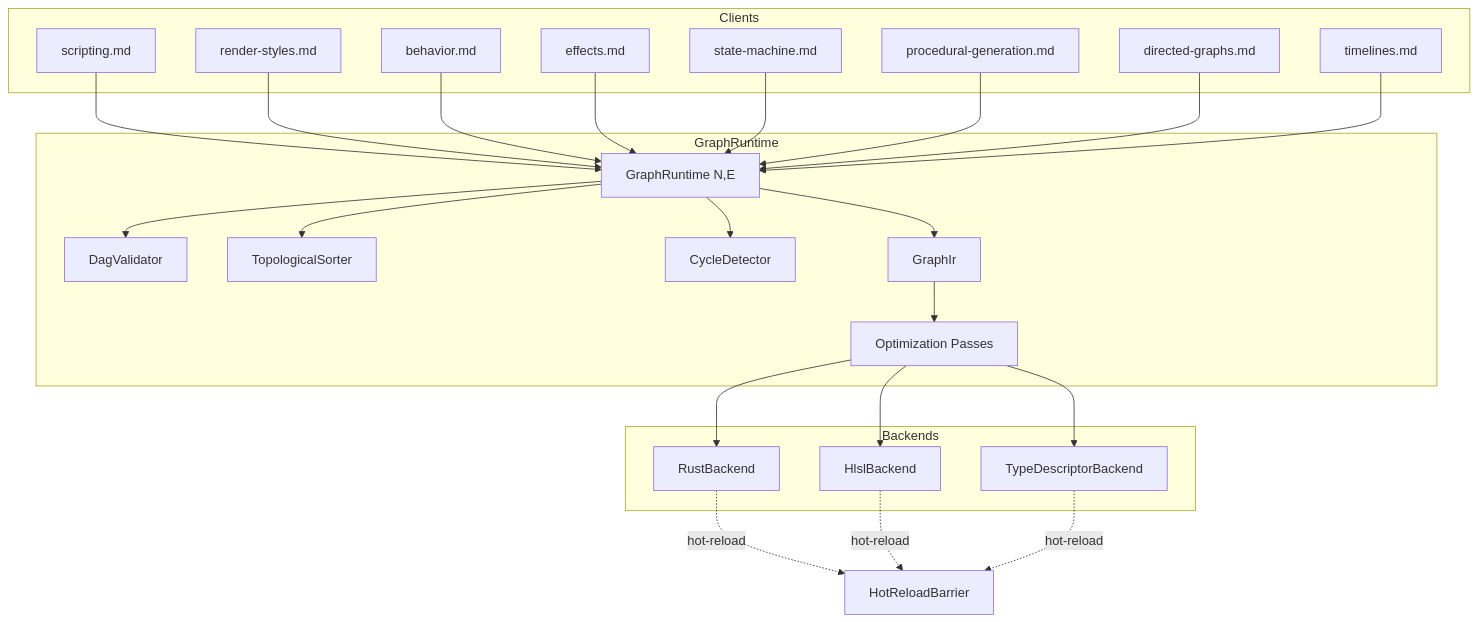
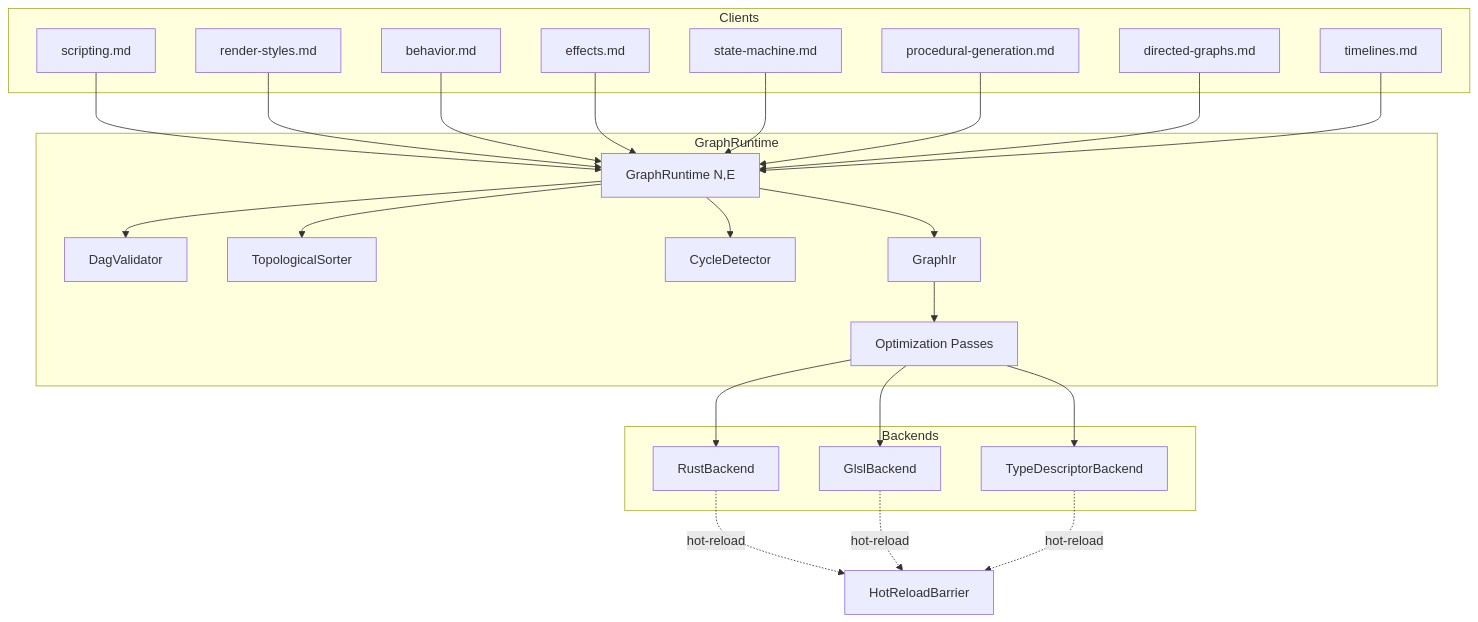
The first of 4 diagrams in docs/design/core-runtime/graph-runtime.md (harmonius-dev/harmonius), drawn with Mermaid before and after one commit. The commit also changed other lines of this file and 128 other files, not shown here.

First line of the commit message:
docs: standardize on Vulkan backend and GLSL shaders

````diff
--- a/docs/design/core-runtime/graph-runtime.md
+++ b/docs/design/core-runtime/graph-runtime.md
@@ -73,51 +73,51 @@
 ```mermaid
 flowchart TD
     subgraph Clients
         S[scripting.md]
         MG[render-styles.md]
         BT[behavior.md]
         VFX[effects.md]
         ASM[state-machine.md]
         PG[procedural-generation.md]
         DG[directed-graphs.md]
         TL[timelines.md]
     end
 
     subgraph GraphRuntime
         TR[GraphRuntime N,E]
         VAL[DagValidator]
         SORT[TopologicalSorter]
         CYC[CycleDetector]
         IR[GraphIr]
         OPT[Optimization Passes]
     end
 
     subgraph Backends
         RB[RustBackend]
-        HB[HlslBackend]
+        HB[GlslBackend]
         TDB[TypeDescriptorBackend]
     end
 
     S --> TR
     MG --> TR
     BT --> TR
     VFX --> TR
     ASM --> TR
     PG --> TR
     DG --> TR
     TL --> TR
 
     TR --> VAL
     TR --> SORT
     TR --> CYC
     TR --> IR
     IR --> OPT
 
     OPT --> RB
     OPT --> HB
     OPT --> TDB
 
     RB -. hot-reload .-> HRB[HotReloadBarrier]
     HB -. hot-reload .-> HRB
     TDB -. hot-reload .-> HRB
 ```
````
